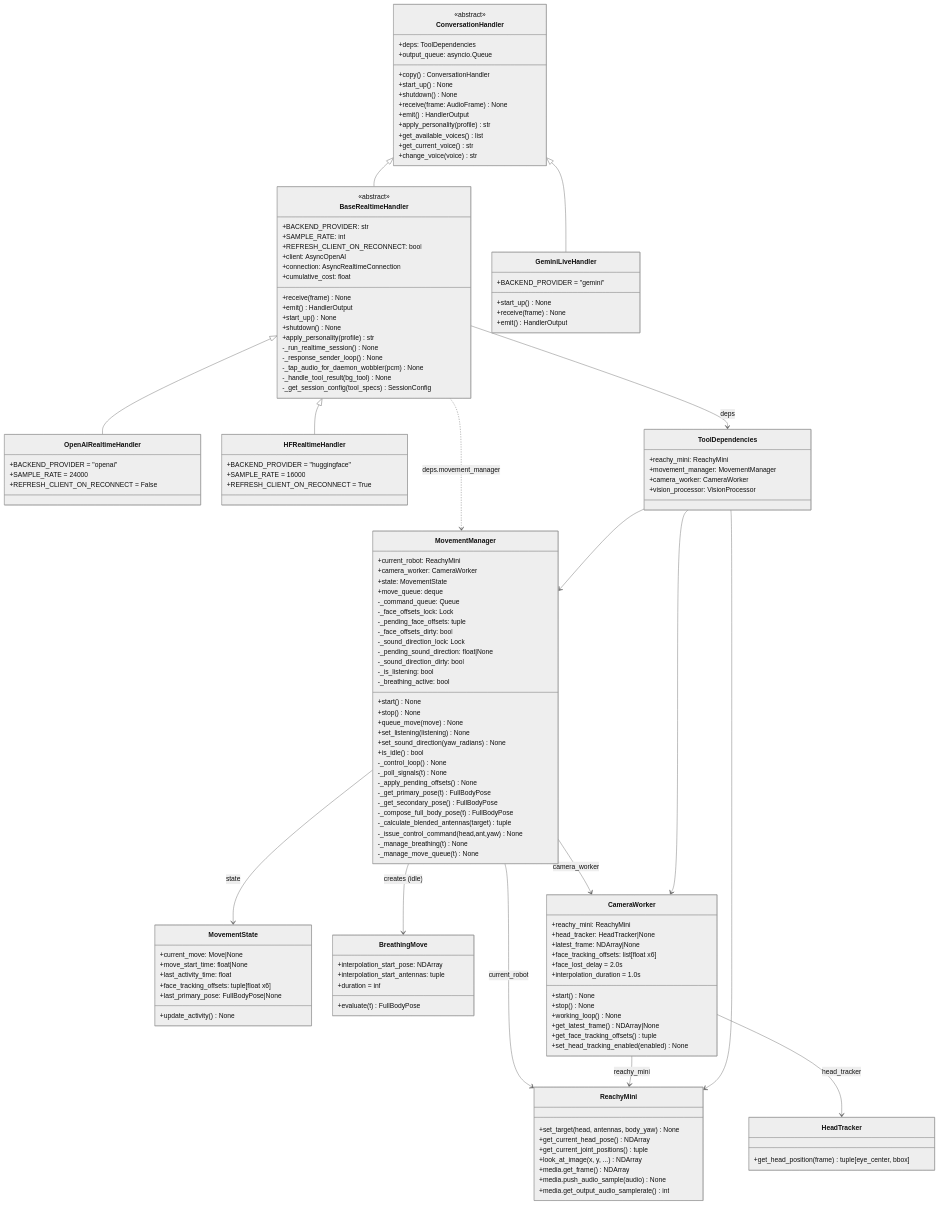
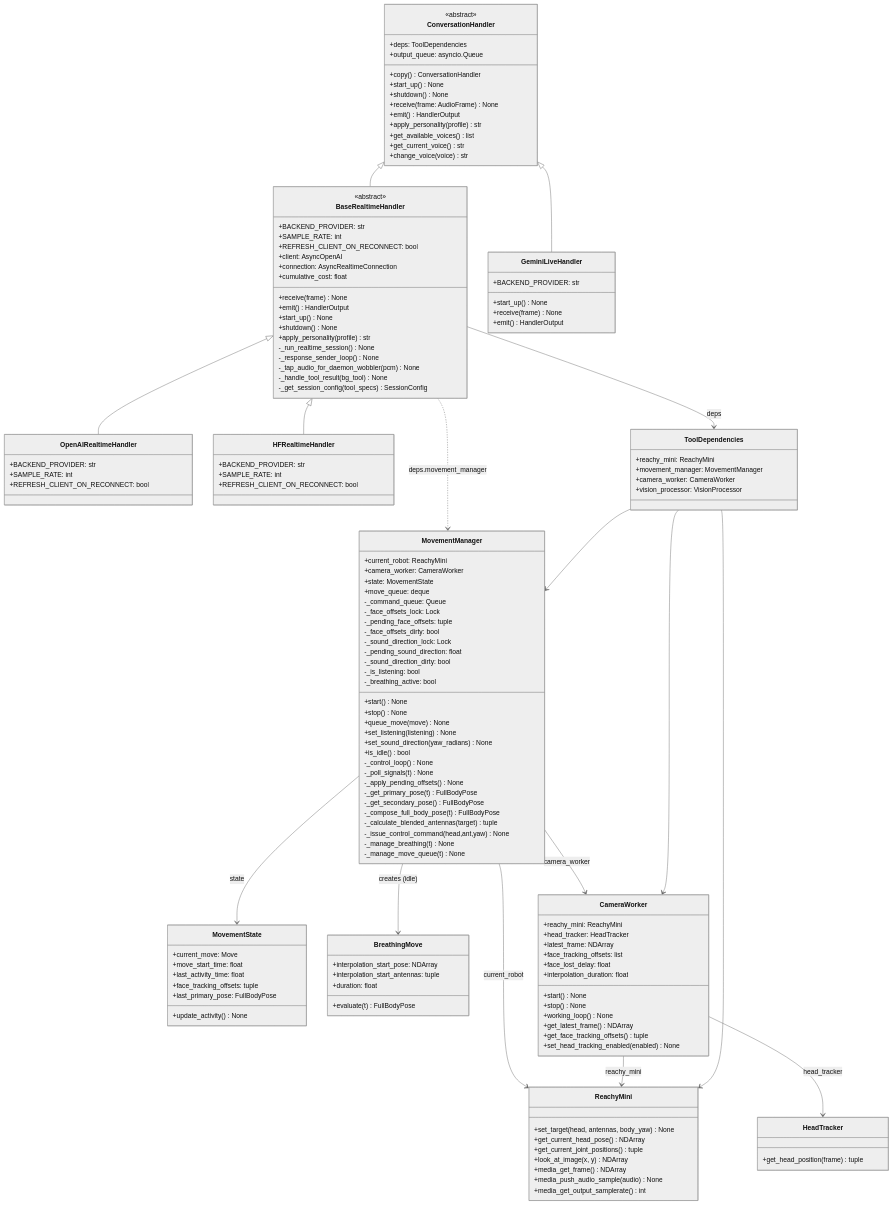
Before and after one commit to freshever/reachy_mini_conversation_app: the second of 10 diagrams in docs/architecture_diagrams.md, drawn with Mermaid (neutral theme). The commit also changed other lines of this file, not shown here.

Commit message:
docs: fix Mermaid syntax errors in architecture diagrams

```diff
--- a/docs/architecture_diagrams.md
+++ b/docs/architecture_diagrams.md
@@ -118,19 +118,19 @@
     }
 
     class OpenAIRealtimeHandler {
-        +BACKEND_PROVIDER = "openai"
-        +SAMPLE_RATE = 24000
-        +REFRESH_CLIENT_ON_RECONNECT = False
+        +BACKEND_PROVIDER: str
+        +SAMPLE_RATE: int
+        +REFRESH_CLIENT_ON_RECONNECT: bool
     }
 
     class HFRealtimeHandler {
-        +BACKEND_PROVIDER = "huggingface"
-        +SAMPLE_RATE = 16000
-        +REFRESH_CLIENT_ON_RECONNECT = True
+        +BACKEND_PROVIDER: str
+        +SAMPLE_RATE: int
+        +REFRESH_CLIENT_ON_RECONNECT: bool
     }
 
     class GeminiLiveHandler {
-        +BACKEND_PROVIDER = "gemini"
+        +BACKEND_PROVIDER: str
         +start_up() None
         +receive(frame) None
         +emit() HandlerOutput
@@ -146,7 +146,7 @@
         -_pending_face_offsets: tuple
         -_face_offsets_dirty: bool
         -_sound_direction_lock: Lock
-        -_pending_sound_direction: float|None
+        -_pending_sound_direction: float
         -_sound_direction_dirty: bool
         -_is_listening: bool
         -_breathing_active: bool
@@ -169,38 +169,38 @@
     }
 
     class MovementState {
-        +current_move: Move|None
-        +move_start_time: float|None
+        +current_move: Move
+        +move_start_time: float
         +last_activity_time: float
-        +face_tracking_offsets: tuple[float x6]
-        +last_primary_pose: FullBodyPose|None
+        +face_tracking_offsets: tuple
+        +last_primary_pose: FullBodyPose
         +update_activity() None
     }
 
     class BreathingMove {
         +interpolation_start_pose: NDArray
         +interpolation_start_antennas: tuple
-        +duration = inf
+        +duration: float
         +evaluate(t) FullBodyPose
     }
 
     class CameraWorker {
         +reachy_mini: ReachyMini
-        +head_tracker: HeadTracker|None
-        +latest_frame: NDArray|None
-        +face_tracking_offsets: list[float x6]
-        +face_lost_delay = 2.0s
-        +interpolation_duration = 1.0s
+        +head_tracker: HeadTracker
+        +latest_frame: NDArray
+        +face_tracking_offsets: list
+        +face_lost_delay: float
+        +interpolation_duration: float
         +start() None
         +stop() None
         +working_loop() None
-        +get_latest_frame() NDArray|None
+        +get_latest_frame() NDArray
         +get_face_tracking_offsets() tuple
         +set_head_tracking_enabled(enabled) None
     }
 
     class HeadTracker {
-        +get_head_position(frame) tuple[eye_center, bbox]
+        +get_head_position(frame) tuple
     }
 
     class ToolDependencies {
@@ -214,10 +214,10 @@
         +set_target(head, antennas, body_yaw) None
         +get_current_head_pose() NDArray
         +get_current_joint_positions() tuple
-        +look_at_image(x, y, ...) NDArray
-        +media.get_frame() NDArray
-        +media.push_audio_sample(audio) None
-        +media.get_output_audio_samplerate() int
+        +look_at_image(x, y) NDArray
+        +media_get_frame() NDArray
+        +media_push_audio_sample(audio) None
+        +media_get_output_samplerate() int
     }
 
     ConversationHandler <|-- BaseRealtimeHandler
```
